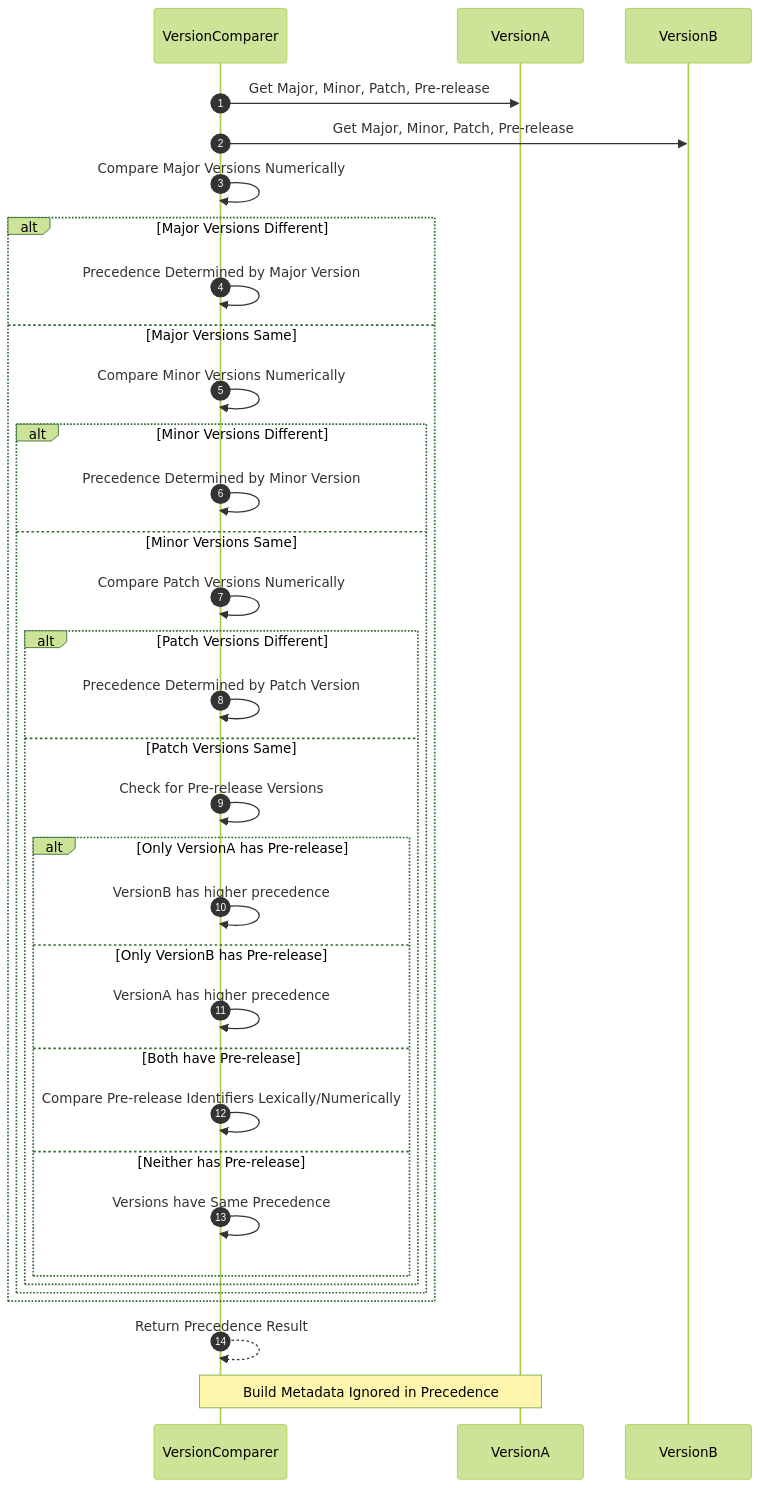
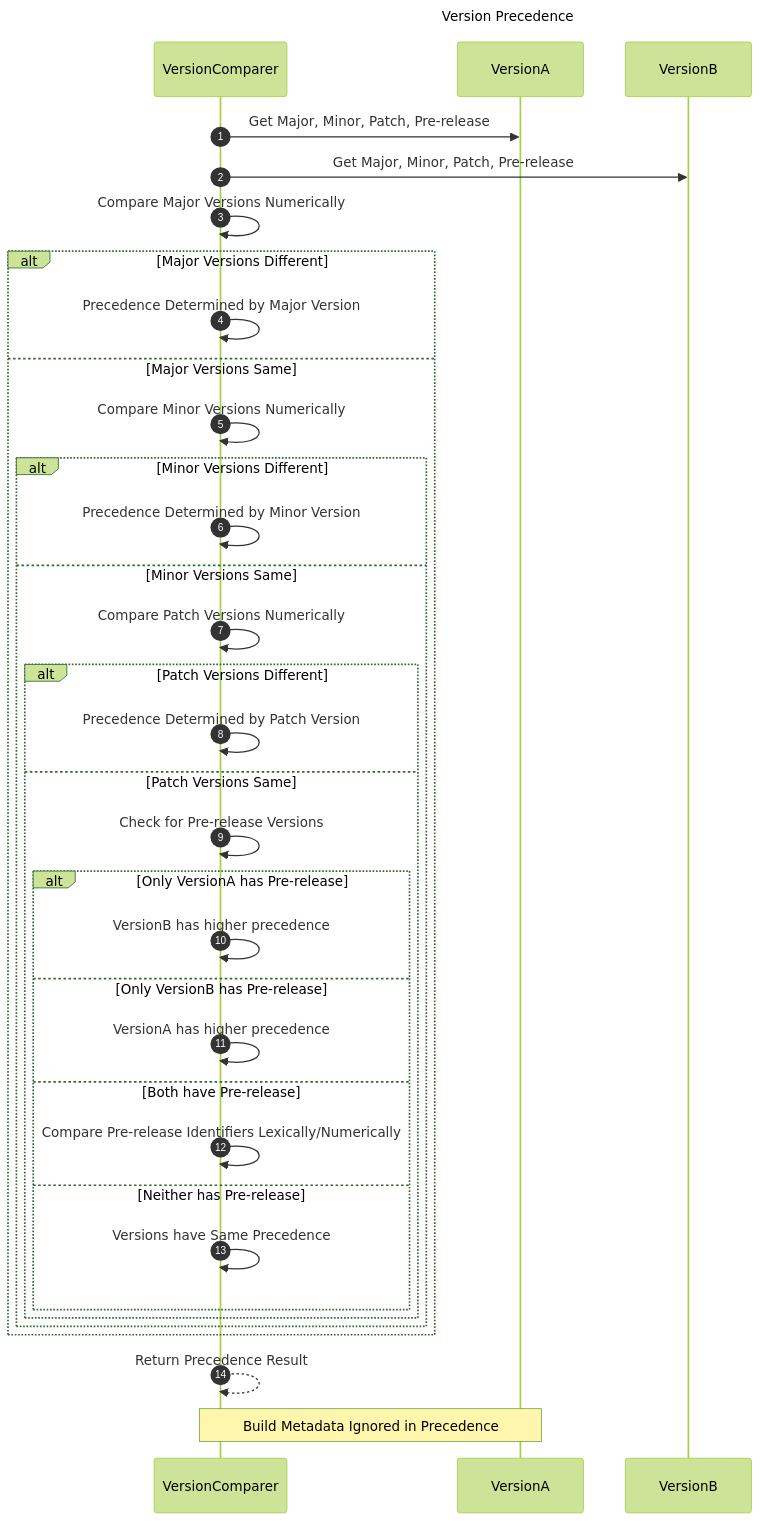
The third of 4 diagrams in Semantic_Versioning/Semantic_Versioning_2_in_Mermaid_V1.md (CongLeSolutionX/iOS-development-vault), drawn with Mermaid before and after one commit. The commit also changed other lines of this file and 6 other files, not shown here.

````diff
--- a/Semantic_Versioning/Semantic_Versioning_2_in_Mermaid_V1.md
+++ b/Semantic_Versioning/Semantic_Versioning_2_in_Mermaid_V1.md
@@ -142,50 +143,51 @@
 ```mermaid
 ---
+title: Version Precedence
 config:
   layout: elk
   look: handDrawn
   theme: forest
 ---
 sequenceDiagram
     autonumber
     participant VersionComparer
     participant VersionA
     participant VersionB
 
     VersionComparer->>VersionA: Get Major, Minor, Patch, Pre-release
     VersionComparer->>VersionB: Get Major, Minor, Patch, Pre-release
 
     VersionComparer->>VersionComparer: Compare Major Versions Numerically
     alt Major Versions Different
         VersionComparer->>VersionComparer: Precedence Determined by Major Version
     else Major Versions Same
         VersionComparer->>VersionComparer: Compare Minor Versions Numerically
         alt Minor Versions Different
             VersionComparer->>VersionComparer: Precedence Determined by Minor Version
         else Minor Versions Same
             VersionComparer->>VersionComparer: Compare Patch Versions Numerically
             alt Patch Versions Different
                 VersionComparer->>VersionComparer: Precedence Determined by Patch Version
             else Patch Versions Same
                 VersionComparer->>VersionComparer: Check for Pre-release Versions
                 alt Only VersionA has Pre-release
                     VersionComparer->>VersionComparer: VersionB has higher precedence
                 else Only VersionB has Pre-release
                     VersionComparer->>VersionComparer: VersionA has higher precedence
                 else Both have Pre-release
                     VersionComparer->>VersionComparer: Compare Pre-release Identifiers Lexically/Numerically
                 else Neither has Pre-release
                     VersionComparer->>VersionComparer: Versions have Same Precedence
                 end
             end
         end
     end
     VersionComparer-->>VersionComparer: Return Precedence Result
 
     Note over VersionComparer,VersionA: Build Metadata Ignored in Precedence
     
     %% style VersionComparer fill:#fef,stroke:#333,stroke-width:1px
     %% style VersionA fill:#eee,stroke:#333,stroke-width:1px
     %% style VersionB fill:#eee,stroke:#333,stroke-width:1px
     
 ```
````
